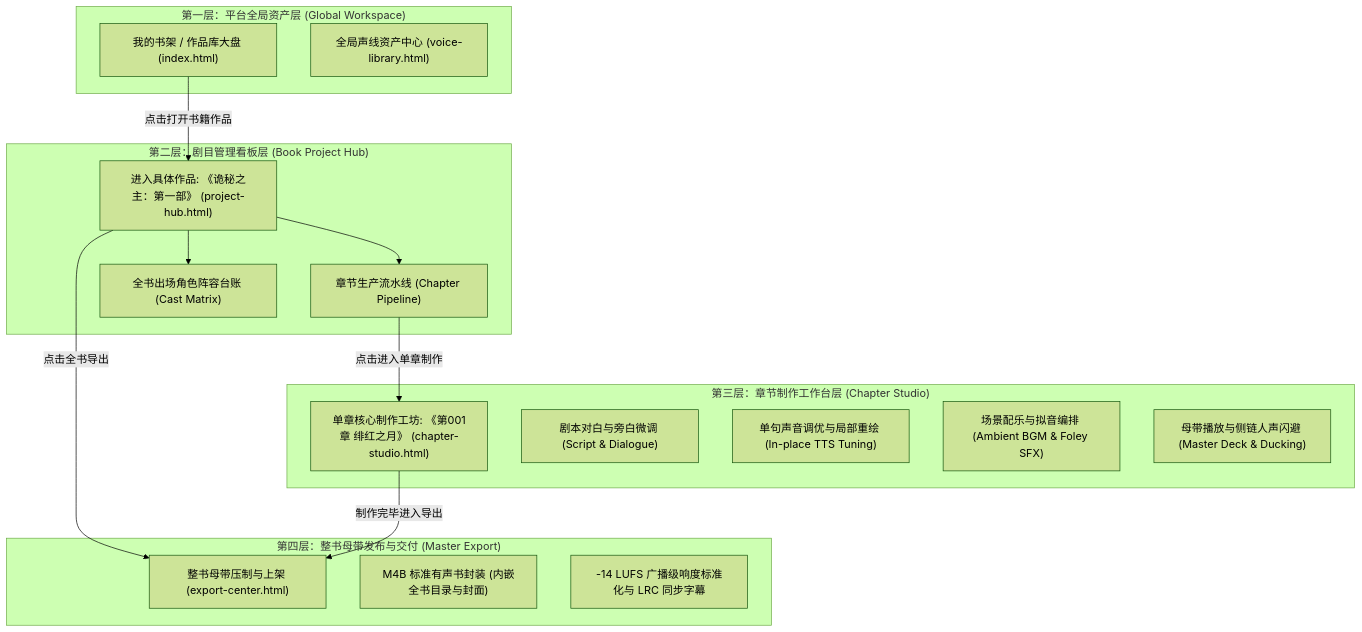
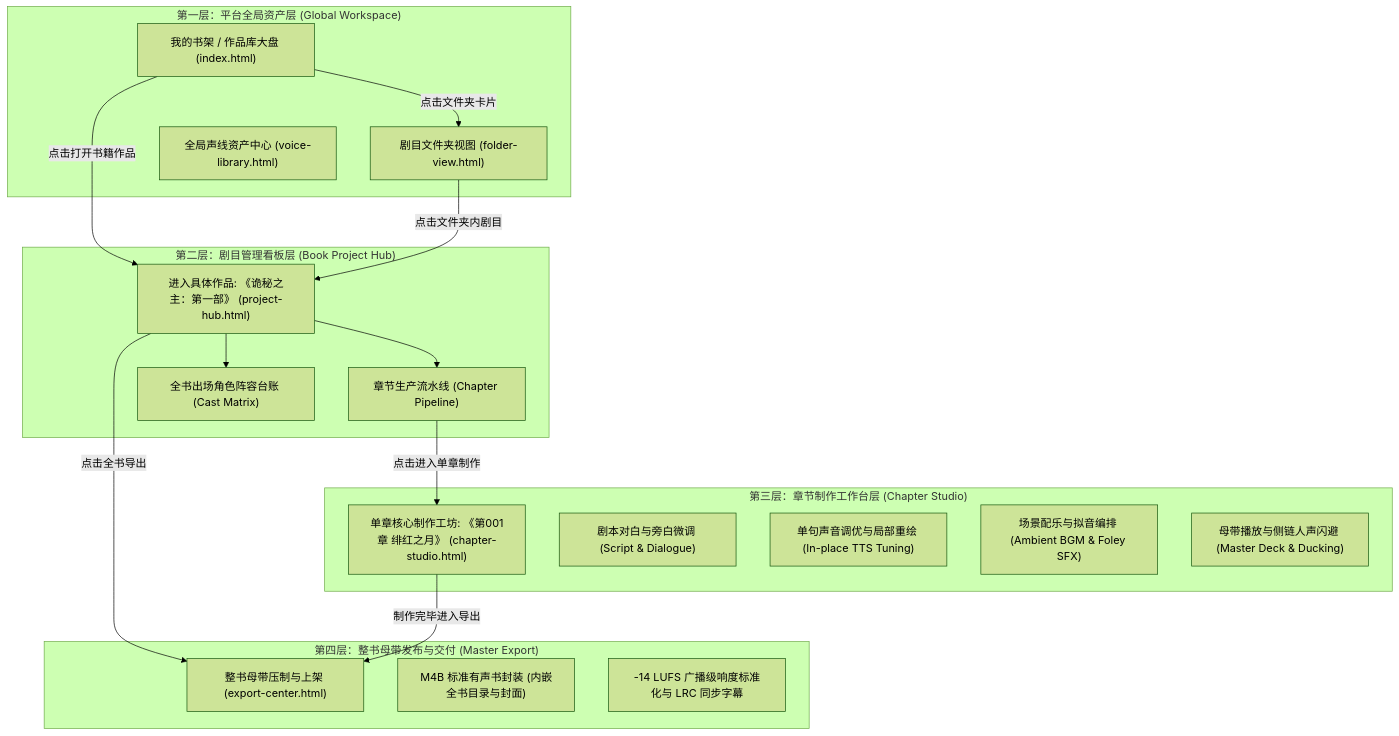
One commit to CherryKingOne/leo-studio changed the diagram in ui-原型图/README.md. Above: the diagram before and after it, drawn with Mermaid (forest theme). The commit also changed other lines of this file and 2 other files, not shown here.

First line of the commit message:
feat: 原型新增剧目文件夹视图页并接入书架入口

````diff
--- a/ui-原型图/README.md
+++ b/ui-原型图/README.md
@@ -11,33 +11,36 @@
 ```mermaid
 flowchart TD
     subgraph Global["第一层：平台全局资产层 (Global Workspace)"]
         A1["我的书架 / 作品库大盘 (index.html)"]
+        A3["剧目文件夹视图 (folder-view.html)"]
         A2["全局声线资产中心 (voice-library.html)"]
     end
 
     subgraph Book["第二层：剧目管理看板层 (Book Project Hub)"]
         B["进入具体作品: 《诡秘之主：第一部》 (project-hub.html)"]
         B1["章节生产流水线 (Chapter Pipeline)"]
         B2["全书出场角色阵容台账 (Cast Matrix)"]
     end
 
     subgraph Studio["第三层：章节制作工作台层 (Chapter Studio)"]
         C["单章核心制作工坊: 《第001章 绯红之月》 (chapter-studio.html)"]
         C1["剧本对白与旁白微调 (Script & Dialogue)"]
         C2["单句声音调优与局部重绘 (In-place TTS Tuning)"]
         C3["场景配乐与拟音编排 (Ambient BGM & Foley SFX)"]
         C4["母带播放与侧链人声闪避 (Master Deck & Ducking)"]
     end
 
     subgraph Export["第四层：整书母带发布与交付 (Master Export)"]
         D["整书母带压制与上架 (export-center.html)"]
         D1["M4B 标准有声书封装 (内嵌全书目录与封面)"]
         D2["-14 LUFS 广播级响度标准化与 LRC 同步字幕"]
     end
 
     A1 -->|"点击打开书籍作品"| B
+    A1 -->|"点击文件夹卡片"| A3
+    A3 -->|"点击文件夹内剧目"| B
     B --> B1 & B2
     B1 -->|"点击进入单章制作"| C
     B -->|"点击全书导出"| D
     C -->|"制作完毕进入导出"| D
 ```
````
